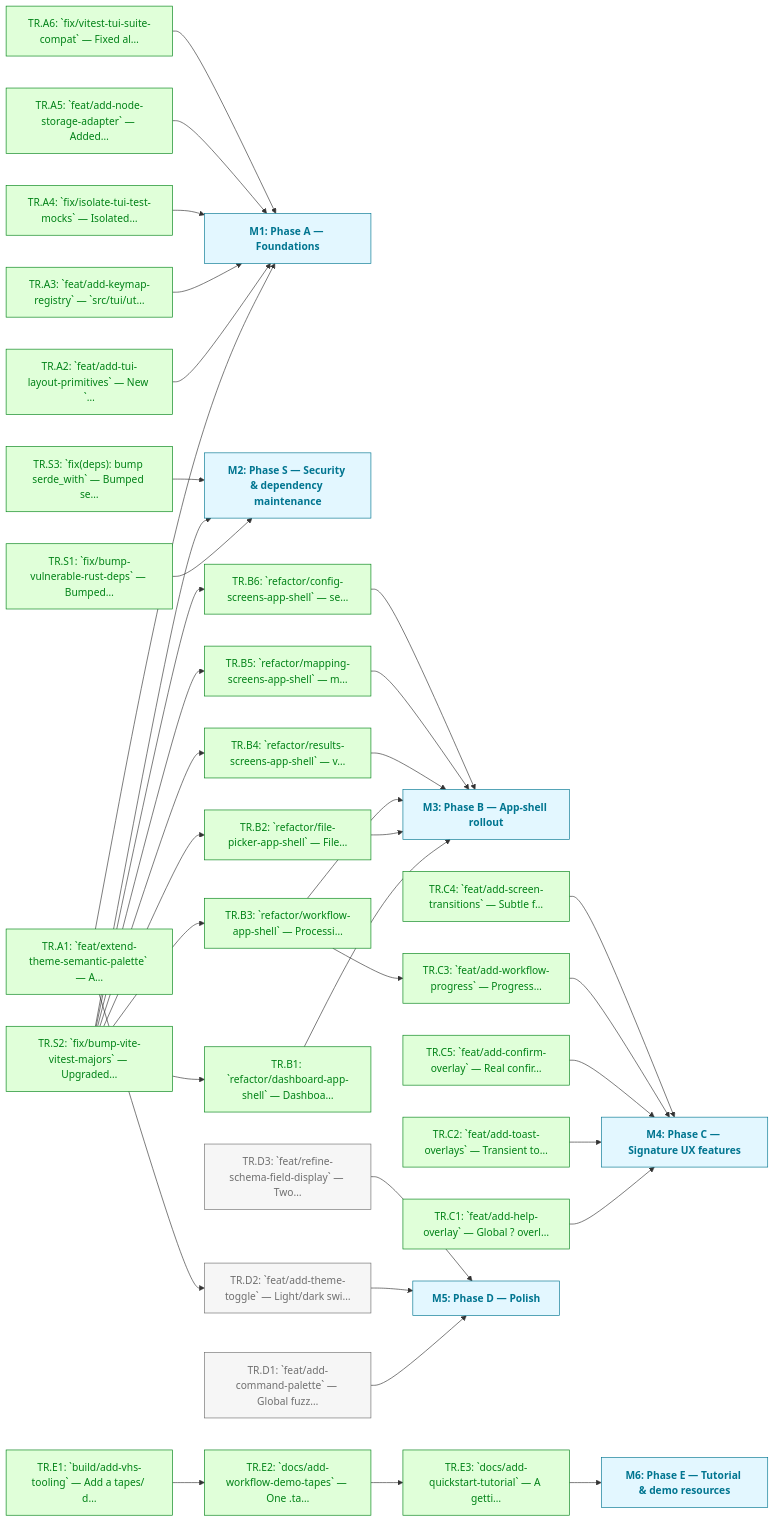
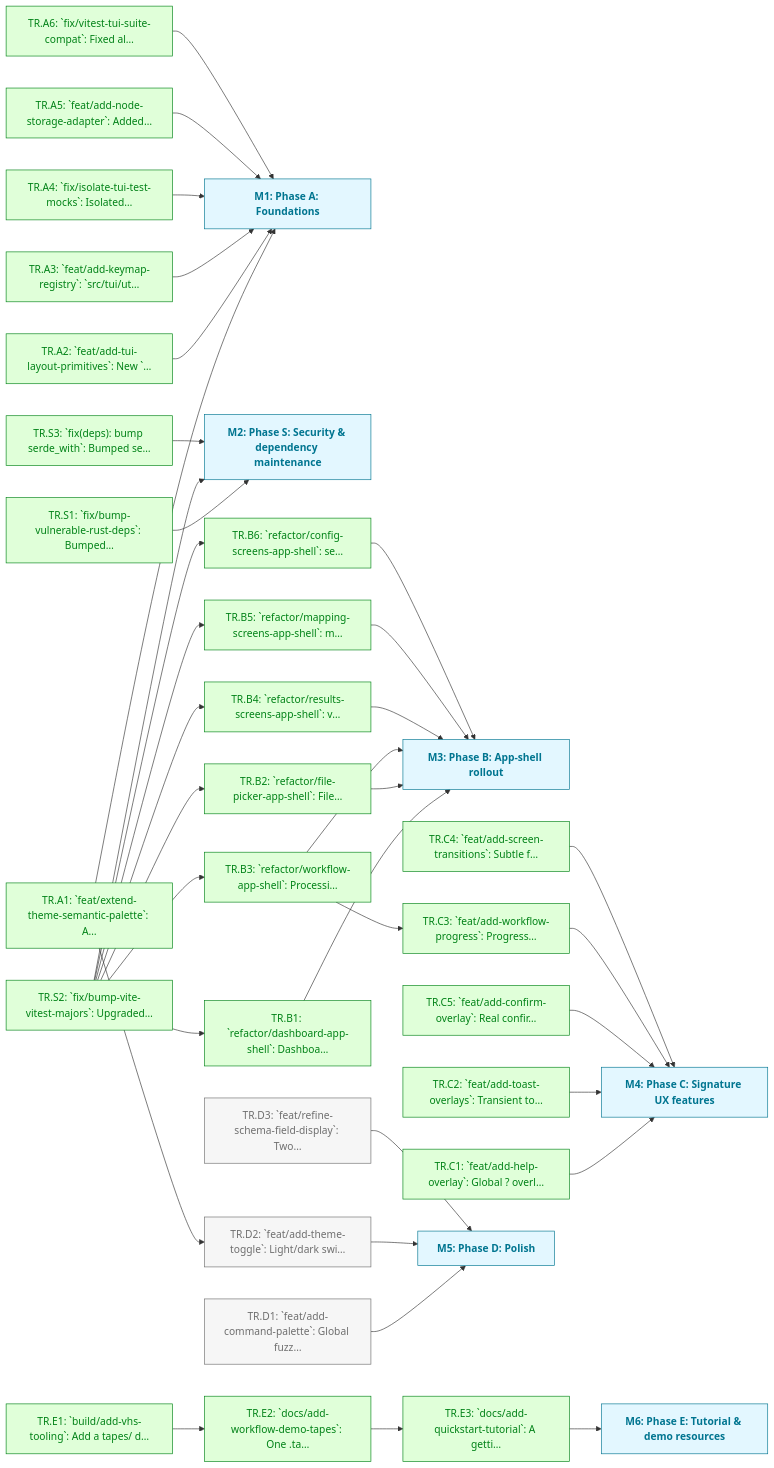
One commit to foundersandcoders/iris changed the diagram in docs/roadmaps/v5a-2606/enhanced.md. Above: the diagram before and after it, drawn with Mermaid. The commit also changed other lines of this file and 70 other files, not shown here.

````diff
--- a/docs/roadmaps/v5a-2606/enhanced.md
+++ b/docs/roadmaps/v5a-2606/enhanced.md
@@ -102,79 +102,79 @@
 ```mermaid
 graph LR
 	classDef todo fill:#f6f6f6,stroke:#6f6f6f,color:#6f6f6f
 	classDef blocked fill:#fff8f6,stroke:#e0002b,color:#e0002b,stroke-width:2px
 	classDef paused fill:#fdf4ff,stroke:#b01fe3,color:#b01fe3,stroke-dasharray:4 3
 	classDef deferred fill:#fff8f3,stroke:#ac5c00,color:#ac5c00,stroke-dasharray:2 4,font-style:italic
 	classDef done fill:#e0ffd9,stroke:#008217,color:#008217
 	classDef outOfScope fill:#f6f6f6,stroke:#e2e2e2,color:#e2e2e2,stroke-dasharray:2 2
 	classDef mile fill:#e3f7ff,stroke:#007590,color:#007590,font-weight:bold
 	classDef external fill:#fff9e5,stroke:#7d6f00,color:#7d6f00,stroke-dasharray:4 3,font-style:italic
-	TR.A1["TR.A1: `feat/extend-theme-semantic-palette` — A…"]
-	TR.A2["TR.A2: `feat/add-tui-layout-primitives` — New `…"]
-	TR.A3["TR.A3: `feat/add-keymap-registry` — `src/tui/ut…"]
-	TR.A4["TR.A4: `fix/isolate-tui-test-mocks` — Isolated…"]
-	TR.A5["TR.A5: `feat/add-node-storage-adapter` — Added…"]
-	TR.A6["TR.A6: `fix/vitest-tui-suite-compat` — Fixed al…"]
-	M1["M1: Phase A — Foundations"]:::mile
-	TR.S1["TR.S1: `fix/bump-vulnerable-rust-deps` — Bumped…"]
-	TR.S2["TR.S2: `fix/bump-vite-vitest-majors` — Upgraded…"]
-	TR.S3["TR.S3: `fix(deps): bump serde_with` — Bumped se…"]
-	M2["M2: Phase S — Security & dependency maintenance"]:::mile
-	TR.B1["TR.B1: `refactor/dashboard-app-shell` — Dashboa…"]
-	TR.B2["TR.B2: `refactor/file-picker-app-shell` — File…"]
-	TR.B3["TR.B3: `refactor/workflow-app-shell` — Processi…"]
-	TR.B4["TR.B4: `refactor/results-screens-app-shell` — v…"]
-	TR.B5["TR.B5: `refactor/mapping-screens-app-shell` — m…"]
-	TR.B6["TR.B6: `refactor/config-screens-app-shell` — se…"]
-	M3["M3: Phase B — App-shell rollout"]:::mile
-	TR.C1["TR.C1: `feat/add-help-overlay` — Global ? overl…"]
-	TR.C2["TR.C2: `feat/add-toast-overlays` — Transient to…"]
-	TR.C5["TR.C5: `feat/add-confirm-overlay` — Real confir…"]
-	TR.C3["TR.C3: `feat/add-workflow-progress` — Progress…"]
-	TR.C4["TR.C4: `feat/add-screen-transitions` — Subtle f…"]
-	M4["M4: Phase C — Signature UX features"]:::mile
-	TR.D1["TR.D1: `feat/add-command-palette` — Global fuzz…"]
-	TR.D2["TR.D2: `feat/add-theme-toggle` — Light/dark swi…"]
-	TR.D3["TR.D3: `feat/refine-schema-field-display` — Two…"]
-	M5["M5: Phase D — Polish"]:::mile
-	TR.E1["TR.E1: `build/add-vhs-tooling` — Add a tapes/ d…"]
-	TR.E2["TR.E2: `docs/add-workflow-demo-tapes` — One .ta…"]
-	TR.E3["TR.E3: `docs/add-quickstart-tutorial` — A getti…"]
-	M6["M6: Phase E — Tutorial & demo resources"]:::mile
+	TR.A1["TR.A1: `feat/extend-theme-semantic-palette`: A…"]
+	TR.A2["TR.A2: `feat/add-tui-layout-primitives`: New `…"]
+	TR.A3["TR.A3: `feat/add-keymap-registry`: `src/tui/ut…"]
+	TR.A4["TR.A4: `fix/isolate-tui-test-mocks`: Isolated…"]
+	TR.A5["TR.A5: `feat/add-node-storage-adapter`: Added…"]
+	TR.A6["TR.A6: `fix/vitest-tui-suite-compat`: Fixed al…"]
+	M1["M1: Phase A: Foundations"]:::mile
+	TR.S1["TR.S1: `fix/bump-vulnerable-rust-deps`: Bumped…"]
+	TR.S2["TR.S2: `fix/bump-vite-vitest-majors`: Upgraded…"]
+	TR.S3["TR.S3: `fix(deps): bump serde_with`: Bumped se…"]
+	M2["M2: Phase S: Security & dependency maintenance"]:::mile
+	TR.B1["TR.B1: `refactor/dashboard-app-shell`: Dashboa…"]
+	TR.B2["TR.B2: `refactor/file-picker-app-shell`: File…"]
+	TR.B3["TR.B3: `refactor/workflow-app-shell`: Processi…"]
+	TR.B4["TR.B4: `refactor/results-screens-app-shell`: v…"]
+	TR.B5["TR.B5: `refactor/mapping-screens-app-shell`: m…"]
+	TR.B6["TR.B6: `refactor/config-screens-app-shell`: se…"]
+	M3["M3: Phase B: App-shell rollout"]:::mile
+	TR.C1["TR.C1: `feat/add-help-overlay`: Global ? overl…"]
+	TR.C2["TR.C2: `feat/add-toast-overlays`: Transient to…"]
+	TR.C5["TR.C5: `feat/add-confirm-overlay`: Real confir…"]
+	TR.C3["TR.C3: `feat/add-workflow-progress`: Progress…"]
+	TR.C4["TR.C4: `feat/add-screen-transitions`: Subtle f…"]
+	M4["M4: Phase C: Signature UX features"]:::mile
+	TR.D1["TR.D1: `feat/add-command-palette`: Global fuzz…"]
+	TR.D2["TR.D2: `feat/add-theme-toggle`: Light/dark swi…"]
+	TR.D3["TR.D3: `feat/refine-schema-field-display`: Two…"]
+	M5["M5: Phase D: Polish"]:::mile
+	TR.E1["TR.E1: `build/add-vhs-tooling`: Add a tapes/ d…"]
+	TR.E2["TR.E2: `docs/add-workflow-demo-tapes`: One .ta…"]
+	TR.E3["TR.E3: `docs/add-quickstart-tutorial`: A getti…"]
+	M6["M6: Phase E: Tutorial & demo resources"]:::mile
 	TR.A1 --> M1
 	TR.A1 --> TR.D2
 	TR.A2 --> M1
 	TR.A3 --> M1
 	TR.A4 --> M1
 	TR.A5 --> M1
 	TR.A6 --> M1
 	TR.S1 --> M2
 	TR.S2 --> M2
 	TR.S3 --> M2
 	TR.S2 --> TR.B1
 	TR.S2 --> TR.B2
 	TR.S2 --> TR.B3
 	TR.S2 --> TR.B4
 	TR.S2 --> TR.B5
 	TR.S2 --> TR.B6
 	TR.B1 --> M3
 	TR.B2 --> M3
 	TR.B3 --> M3
 	TR.B3 --> TR.C3
 	TR.B4 --> M3
 	TR.B5 --> M3
 	TR.B6 --> M3
 	TR.C1 --> M4
 	TR.C2 --> M4
 	TR.C5 --> M4
 	TR.C3 --> M4
 	TR.C4 --> M4
 	TR.D1 --> M5
 	TR.D2 --> M5
 	TR.D3 --> M5
 	TR.E1 --> TR.E2
 	TR.E2 --> TR.E3
 	TR.E3 --> M6
 	class TR.D1,TR.D2,TR.D3 todo
 	class TR.A1,TR.A2,TR.A3,TR.A4,TR.A5,TR.A6,TR.B1,TR.B2,TR.B3,TR.B4,TR.B5,TR.B6,TR.C1,TR.C2,TR.C3,TR.C4,TR.C5,TR.E1,TR.E2,TR.E3,TR.S1,TR.S2,TR.S3 done
 ```
````
